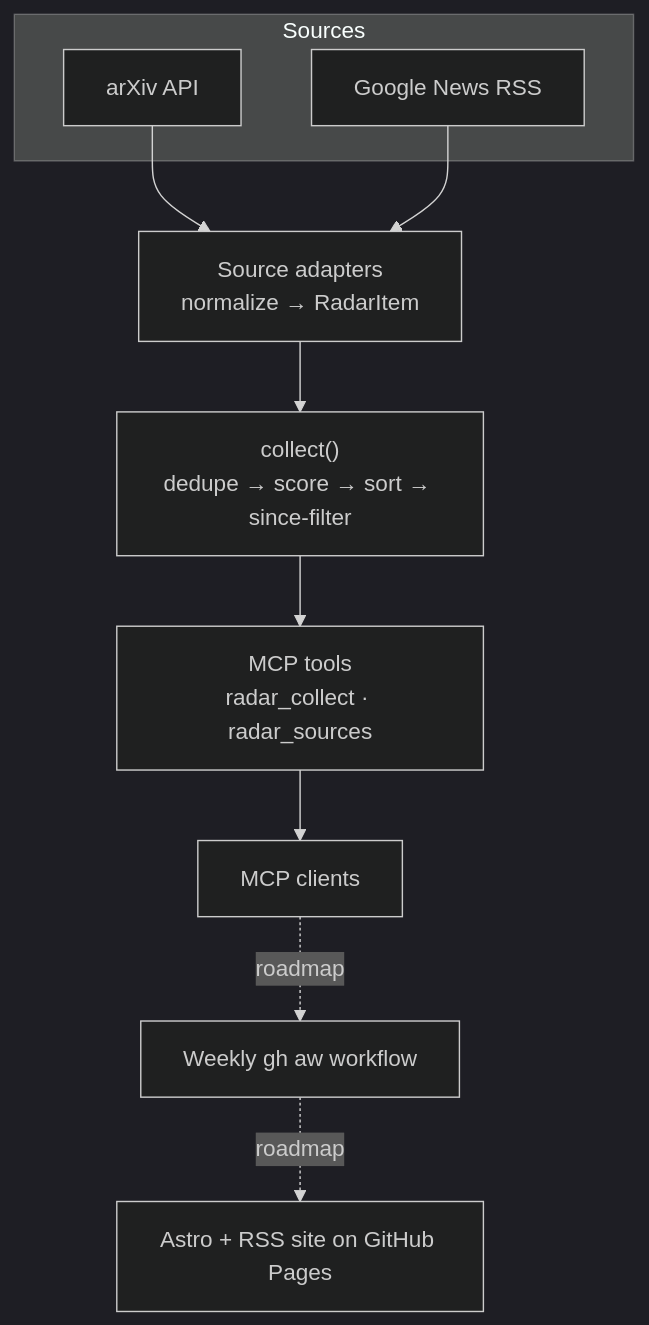
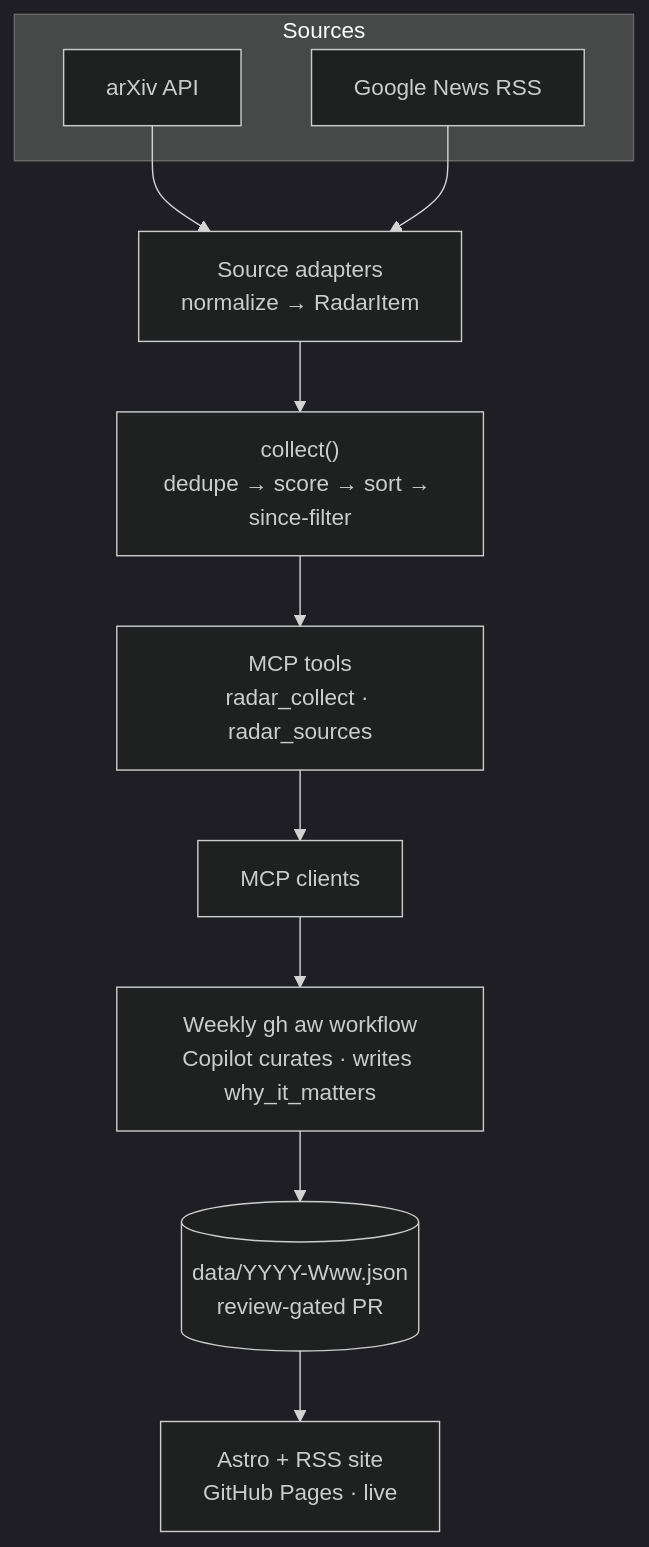
Before and after one commit to ChanMeng666/femtech-radar: the diagram in README.md, drawn with Mermaid (dark theme). The commit also changed other lines of this file and 5 other files, not shown here.

````diff
--- a/README.md
+++ b/README.md
@@ -94,14 +99,15 @@
 ```mermaid
 graph TD
     subgraph Sources
       A1[arXiv API]
       A2[Google News RSS]
     end
     A1 --> AD[Source adapters<br/>normalize → RadarItem]
     A2 --> AD
     AD --> P["collect()<br/>dedupe → score → sort → since-filter"]
     P --> T[MCP tools<br/>radar_collect · radar_sources]
     T --> C[MCP clients]
-    C -.roadmap.-> W[Weekly gh aw workflow]
-    W -.roadmap.-> S[Astro + RSS site on GitHub Pages]
+    C --> W[Weekly gh aw workflow<br/>Copilot curates · writes why_it_matters]
+    W --> D[(data/YYYY-Www.json<br/>review-gated PR)]
+    D --> S[Astro + RSS site<br/>GitHub Pages · live]
 ```
````
